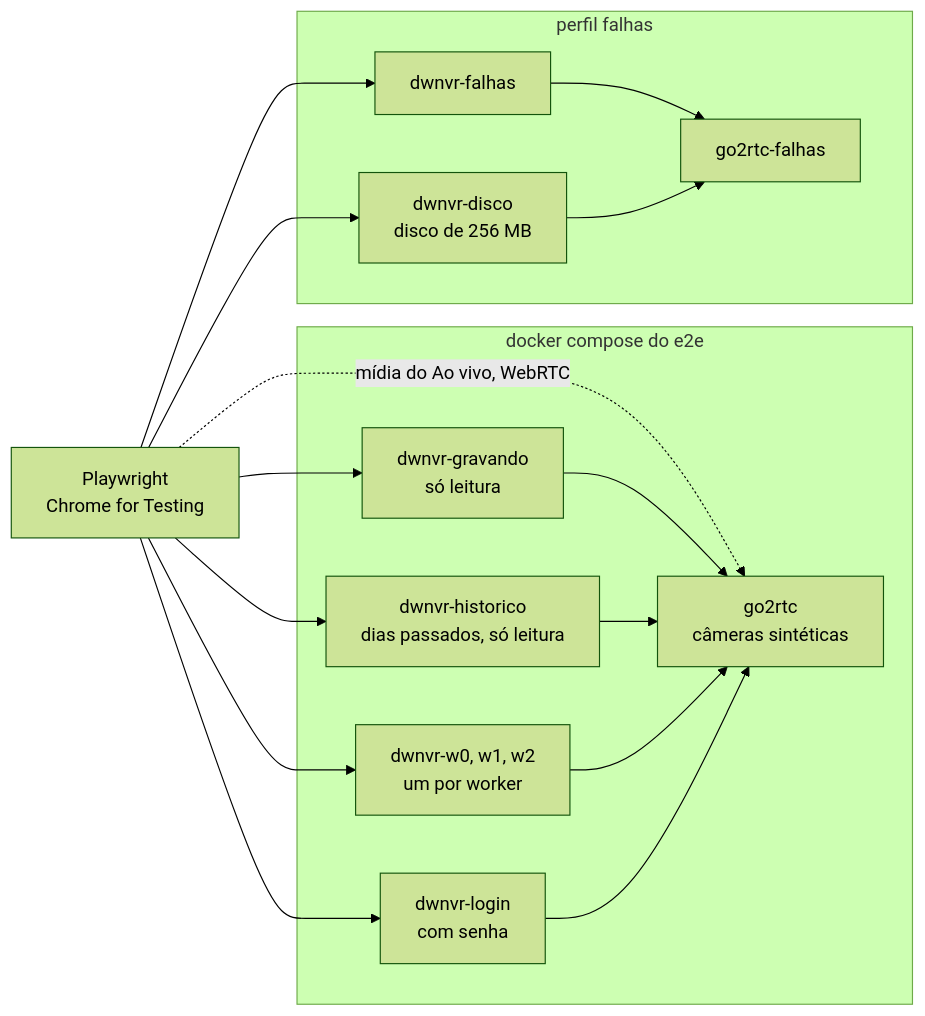
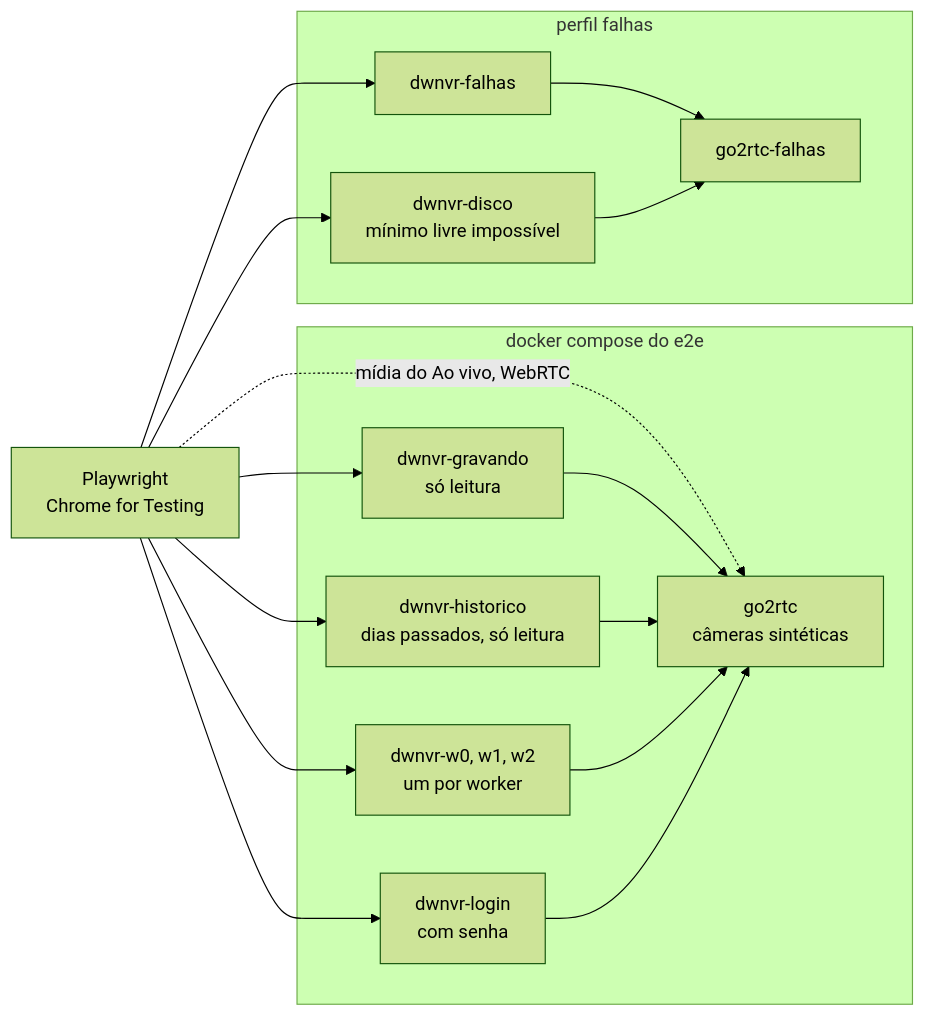
One commit to mhagnumdw/dwnvr changed the diagram in docs/plano-testes-e2e.md. Above: the diagram before and after it, drawn with Mermaid (forest theme). The commit also changed other lines of this file and 29 other files, not shown here.

````diff
--- a/docs/plano-testes-e2e.md
+++ b/docs/plano-testes-e2e.md
@@ -141,23 +157,23 @@
 ```mermaid
 flowchart LR
     pw["Playwright<br>Chrome for Testing"]
 
     subgraph compose["docker compose do e2e"]
         go2rtc["go2rtc<br>câmeras sintéticas"]
         gravando["dwnvr-gravando<br>só leitura"]
         historico["dwnvr-historico<br>dias passados, só leitura"]
         w["dwnvr-w0, w1, w2<br>um por worker"]
         login["dwnvr-login<br>com senha"]
     end
 
     subgraph falhas["perfil falhas"]
         go2rtcF["go2rtc-falhas"]
         dwnvrF["dwnvr-falhas"]
-        disco["dwnvr-disco<br>disco de 256 MB"]
+        disco["dwnvr-disco<br>mínimo livre impossível"]
     end
 
     pw --> gravando & historico & w & login & dwnvrF & disco
     pw -. "mídia do Ao vivo, WebRTC" .-> go2rtc
     gravando & historico & w & login --> go2rtc
     dwnvrF & disco --> go2rtcF
 ```
````
